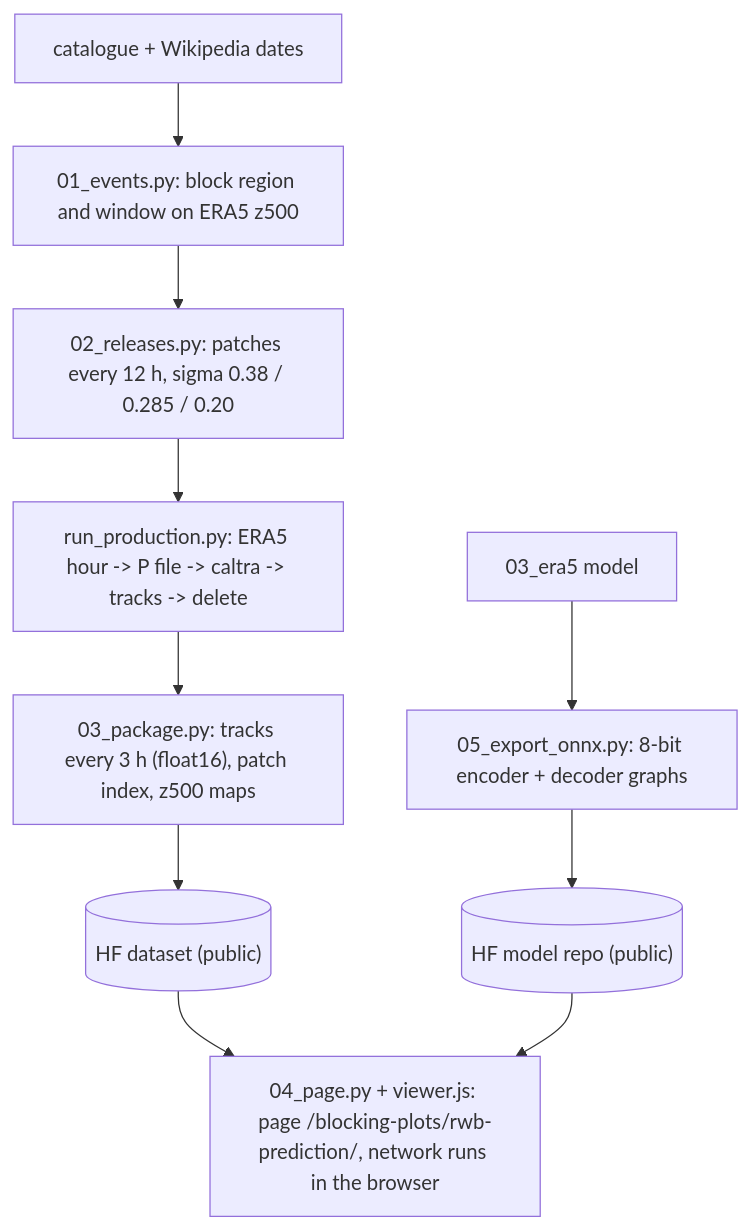
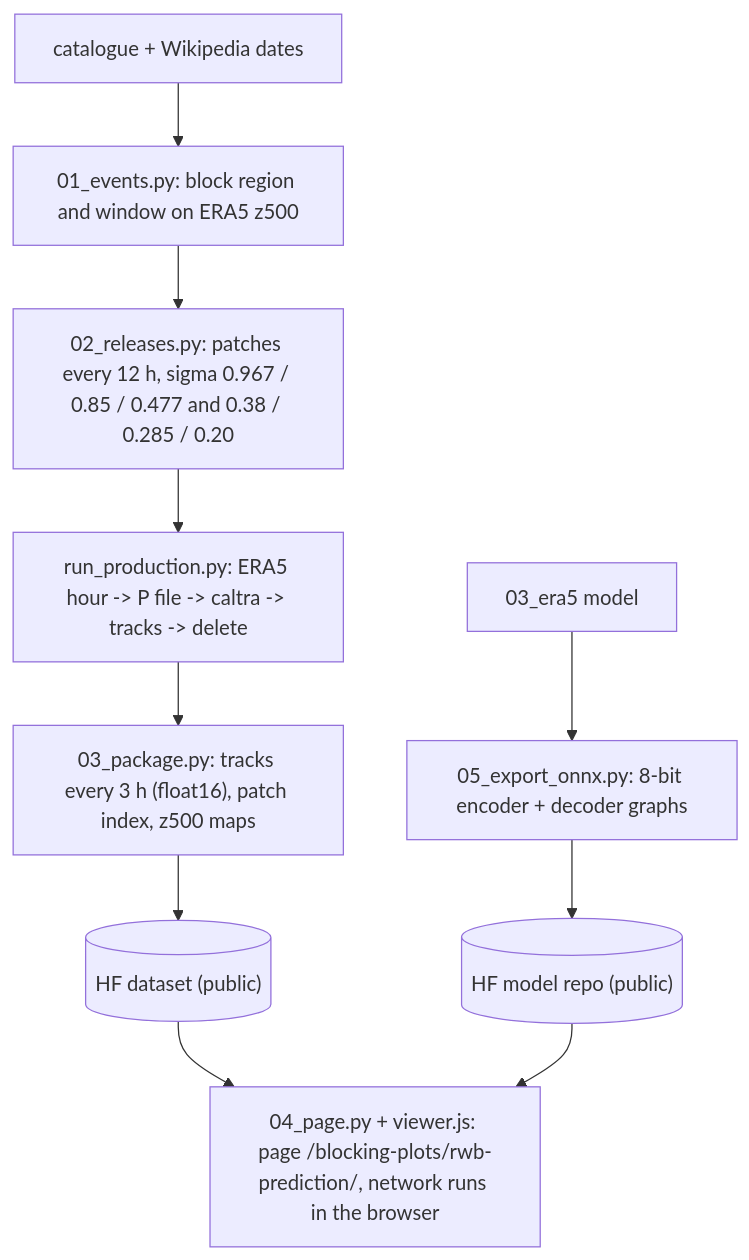
The diagram in 05_blocking_viewer/PLAN.md (yanxingjianken/ki-lagrangian-tracks), drawn with Mermaid before and after one commit. The commit also changed other lines of this file and 10 other files, not shown here.

Commit message:
05_blocking_viewer: six start levels (lower releases at sigma 0.967, 0.85, 0.477); page draws the network's tracks only, picks the patch whose launched parcels start nearest the point, scales the star with the map, describes the training and links the notebooks

````diff
--- a/05_blocking_viewer/PLAN.md
+++ b/05_blocking_viewer/PLAN.md
@@ -53,12 +56,12 @@
 ```mermaid
 graph TD
     C["catalogue + Wikipedia dates"] --> EV["01_events.py: block region and window on ERA5 z500"]
-    EV --> R["02_releases.py: patches every 12 h, sigma 0.38 / 0.285 / 0.20"]
+    EV --> R["02_releases.py: patches every 12 h, sigma 0.967 / 0.85 / 0.477 and 0.38 / 0.285 / 0.20"]
     R --> P["run_production.py: ERA5 hour -> P file -> caltra -> tracks -> delete"]
     P --> K["03_package.py: tracks every 3 h (float16), patch index, z500 maps"]
     K --> D[("HF dataset (public)")]
     M["03_era5 model"] --> O["05_export_onnx.py: 8-bit encoder + decoder graphs"]
     O --> MR[("HF model repo (public)")]
     D --> W["04_page.py + viewer.js: page /blocking-plots/rwb-prediction/, network runs in the browser"]
     MR --> W
 ```
````
